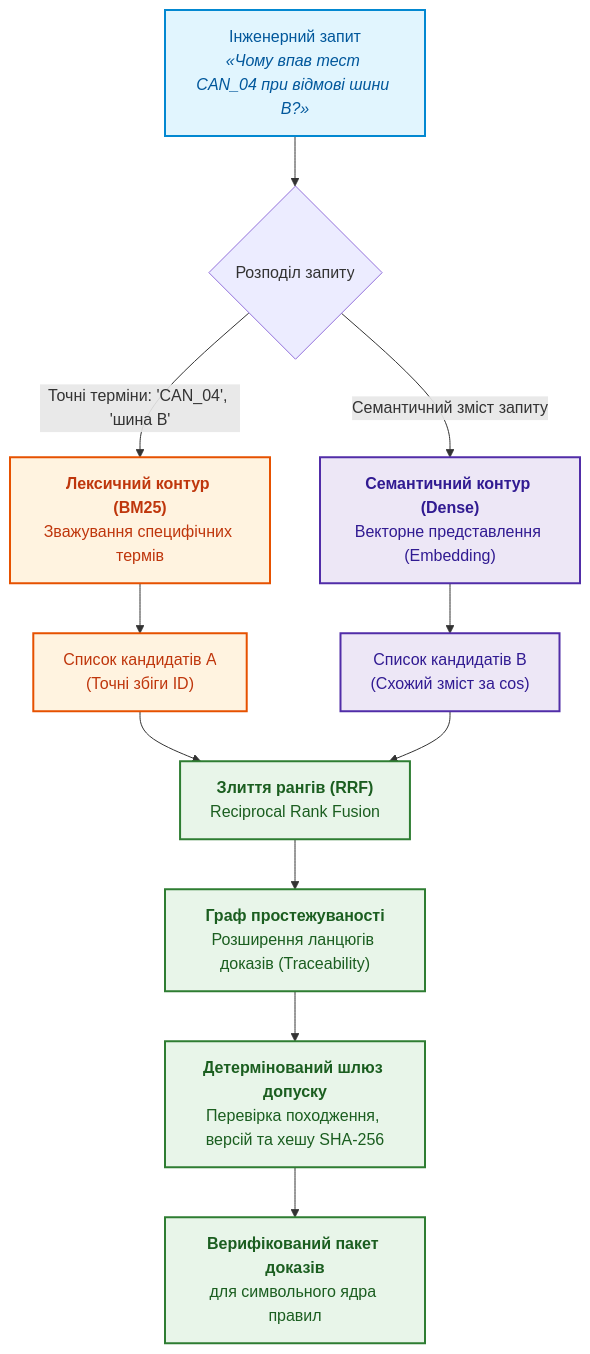
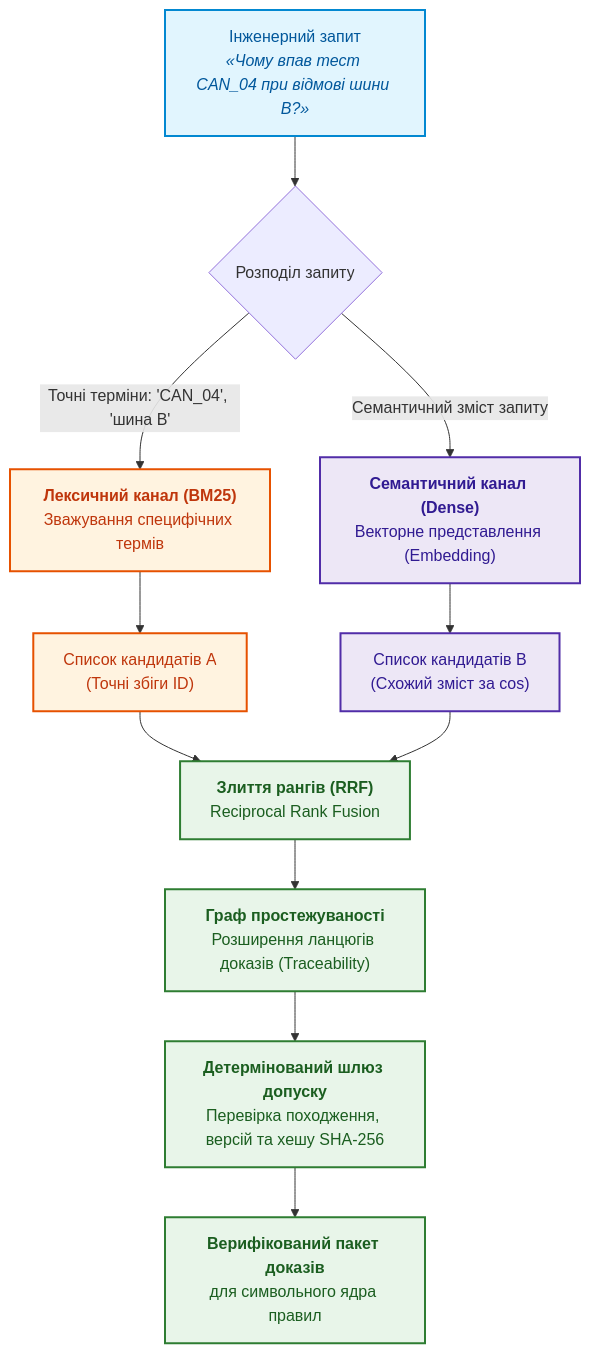
One commit to nick-fedchik/articles changed the tenth of 11 diagrams in ExpertSystem/ch04-evolution-from-bayes-to-evidence-ai.md. Above: the diagram before and after it, drawn with Mermaid. The commit also changed other lines of this file and 27 other files, not shown here.

````diff
--- a/ExpertSystem/ch04-evolution-from-bayes-to-evidence-ai.md
+++ b/ExpertSystem/ch04-evolution-from-bayes-to-evidence-ai.md
@@ -978,28 +978,28 @@
 ```mermaid
 flowchart TD
     accTitle: Гібридний інженерний конвеєр пошуку та верифікації фактів
     accDescr: Паралельний пошук через BM25 та вектори об'єднується злиттям рангів і верифікується детермінованим ядром.
 
     Q["Інженерний запит<br/><i>«Чому впав тест CAN_04 при відмові шини B?»</i>"] --> SPLIT{"Розподіл запиту"}
     
-    SPLIT -->|Точні терміни: 'CAN_04', 'шина B'| BM["<b>Лексичний контур (BM25)</b><br/>Зважування специфічних термів"]
-    SPLIT -->|Семантичний зміст запиту| DENSE["<b>Семантичний контур (Dense)</b><br/>Векторне представлення (Embedding)"]
+    SPLIT -->|Точні терміни: 'CAN_04', 'шина B'| BM["<b>Лексичний канал (BM25)</b><br/>Зважування специфічних термів"]
+    SPLIT -->|Семантичний зміст запиту| DENSE["<b>Семантичний канал (Dense)</b><br/>Векторне представлення (Embedding)"]
 
     BM --> LIST1["Список кандидатів A<br/>(Точні збіги ID)"]
     DENSE --> LIST2["Список кандидатів B<br/>(Схожий зміст за cos)"]
 
     LIST1 & LIST2 --> RRF["<b>Злиття рангів (RRF)</b><br/>Reciprocal Rank Fusion"]
     RRF --> GRAPH["<b>Граф простежуваності</b><br/>Розширення ланцюгів доказів (Traceability)"]
     GRAPH --> VERIFY["<b>Детермінований шлюз допуску</b><br/>Перевірка походження, версій та хешу SHA-256"]
     VERIFY --> PROOF["<b>Верифікований пакет доказів</b><br/>для символьного ядра правил"]
 
     classDef in fill:#e1f5fe,stroke:#0288d1,stroke-width:2px,color:#01579b;
     classDef lex fill:#fff3e0,stroke:#e65100,stroke-width:2px,color:#bf360c;
     classDef dense fill:#ede7f6,stroke:#512da8,stroke-width:2px,color:#311b92;
     classDef fusion fill:#e8f5e9,stroke:#2e7d32,stroke-width:2px,color:#1b5e20;
 
     class Q in;
     class BM,LIST1 lex;
     class DENSE,LIST2 dense;
     class RRF,GRAPH,VERIFY,PROOF fusion;
 ```
````
